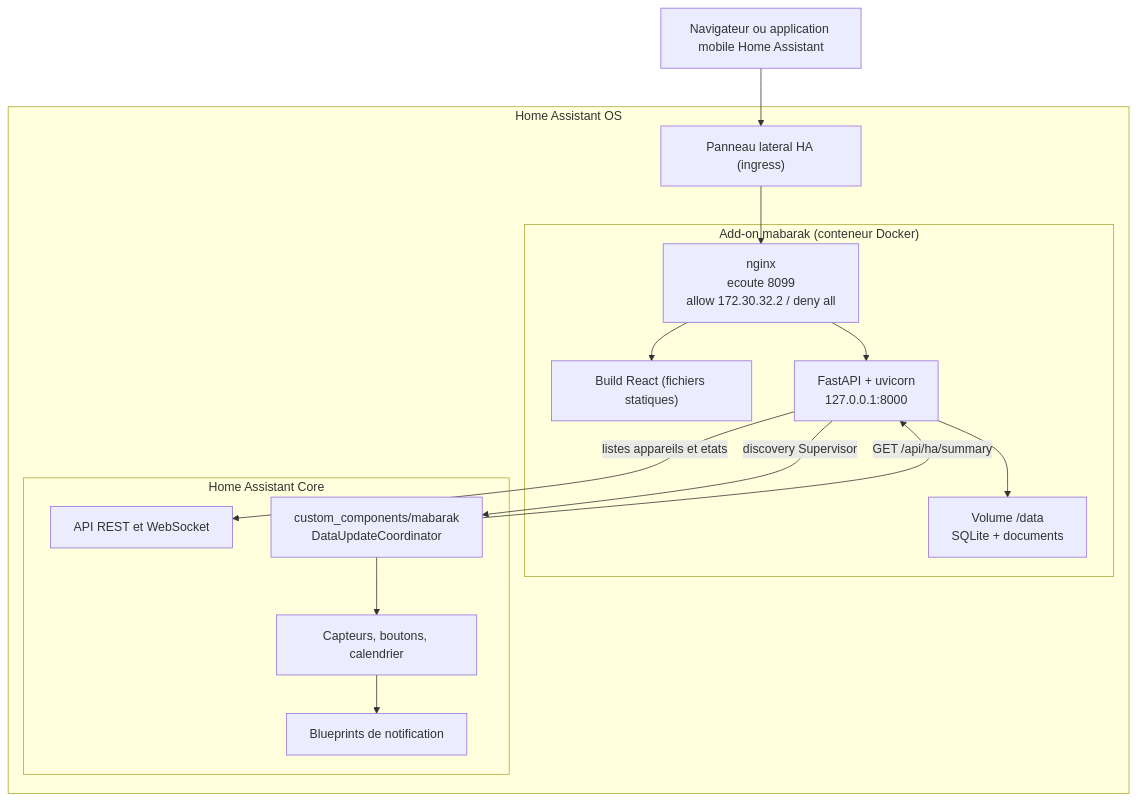
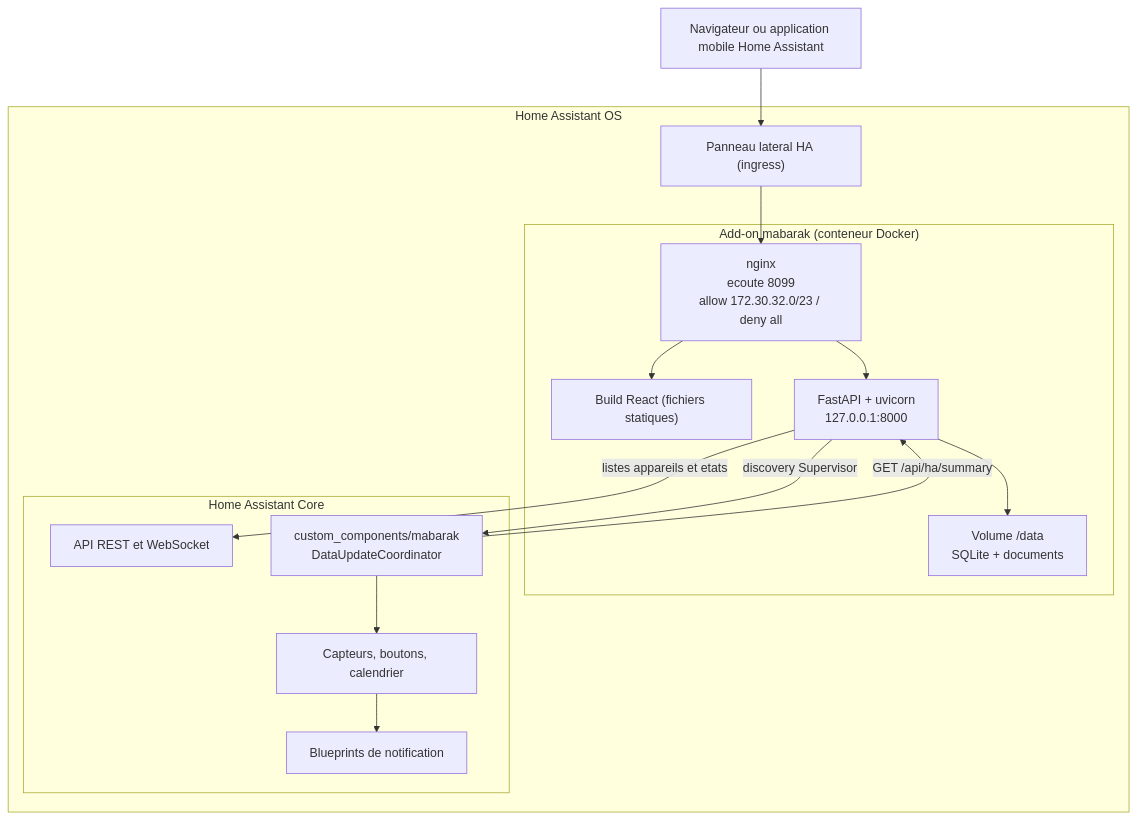
Before and after one commit to k69sknk/myhome: the first of 3 diagrams in docs/ARCHITECTURE.md, drawn with Mermaid. The commit also changed other lines of this file and 7 other files, not shown here.

````diff
--- a/docs/ARCHITECTURE.md
+++ b/docs/ARCHITECTURE.md
@@ -40,33 +40,33 @@
 ```mermaid
 flowchart TB
     user["Navigateur ou application mobile Home Assistant"]
 
     subgraph haos [Home Assistant OS]
         panel["Panneau lateral HA (ingress)"]
 
         subgraph addon ["Add-on mabarak (conteneur Docker)"]
-            nginx["nginx<br/>ecoute 8099<br/>allow 172.30.32.2 / deny all"]
+            nginx["nginx<br/>ecoute 8099<br/>allow 172.30.32.0/23 / deny all"]
             static["Build React (fichiers statiques)"]
             api["FastAPI + uvicorn<br/>127.0.0.1:8000"]
             data["Volume /data<br/>SQLite + documents"]
             nginx --> static
             nginx --> api
             api --> data
         end
 
         subgraph core [Home Assistant Core]
             haApi["API REST et WebSocket"]
             integ["custom_components/mabarak<br/>DataUpdateCoordinator"]
             entities["Capteurs, boutons, calendrier"]
             blueprints["Blueprints de notification"]
             integ --> entities
             entities --> blueprints
         end
     end
 
     user --> panel
     panel --> nginx
     integ -->|"GET /api/ha/summary"| api
     api -->|"discovery Supervisor"| integ
     api -->|"listes appareils et etats"| haApi
 ```
````
